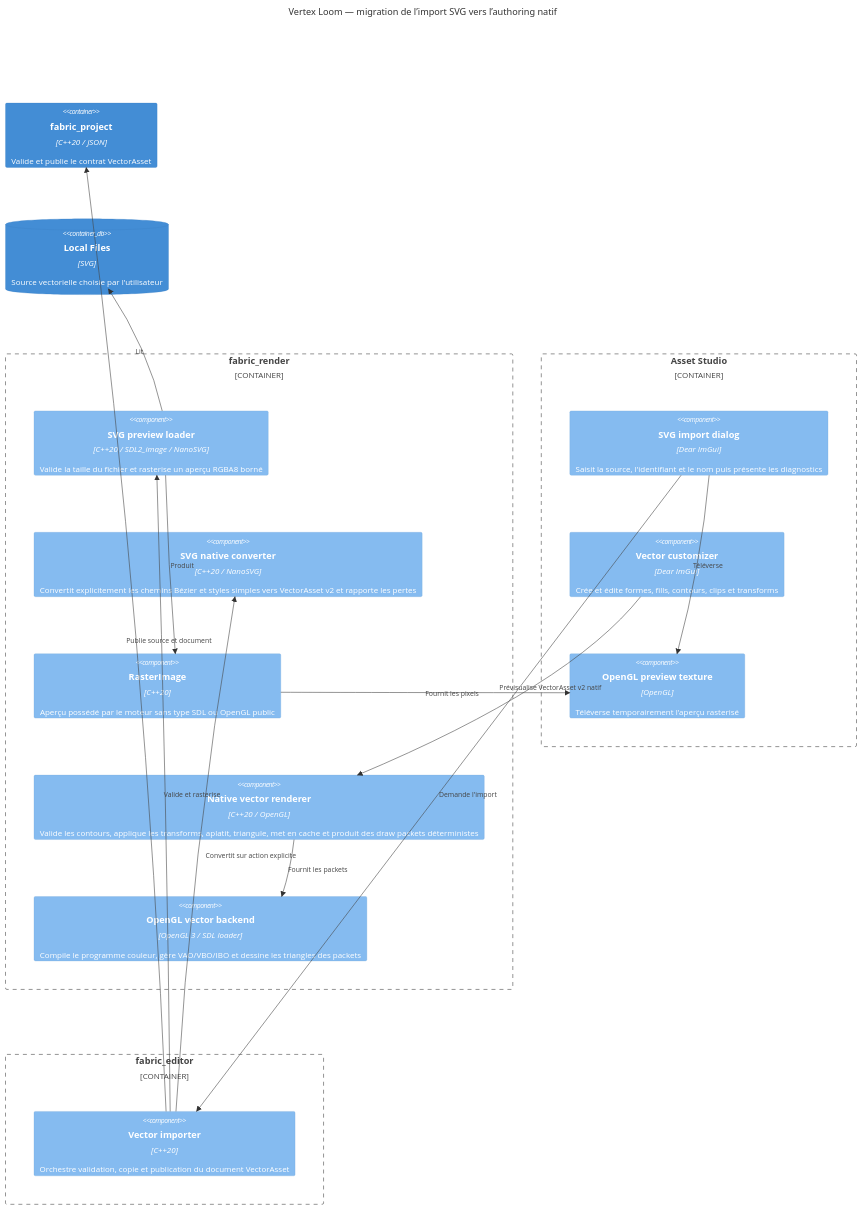
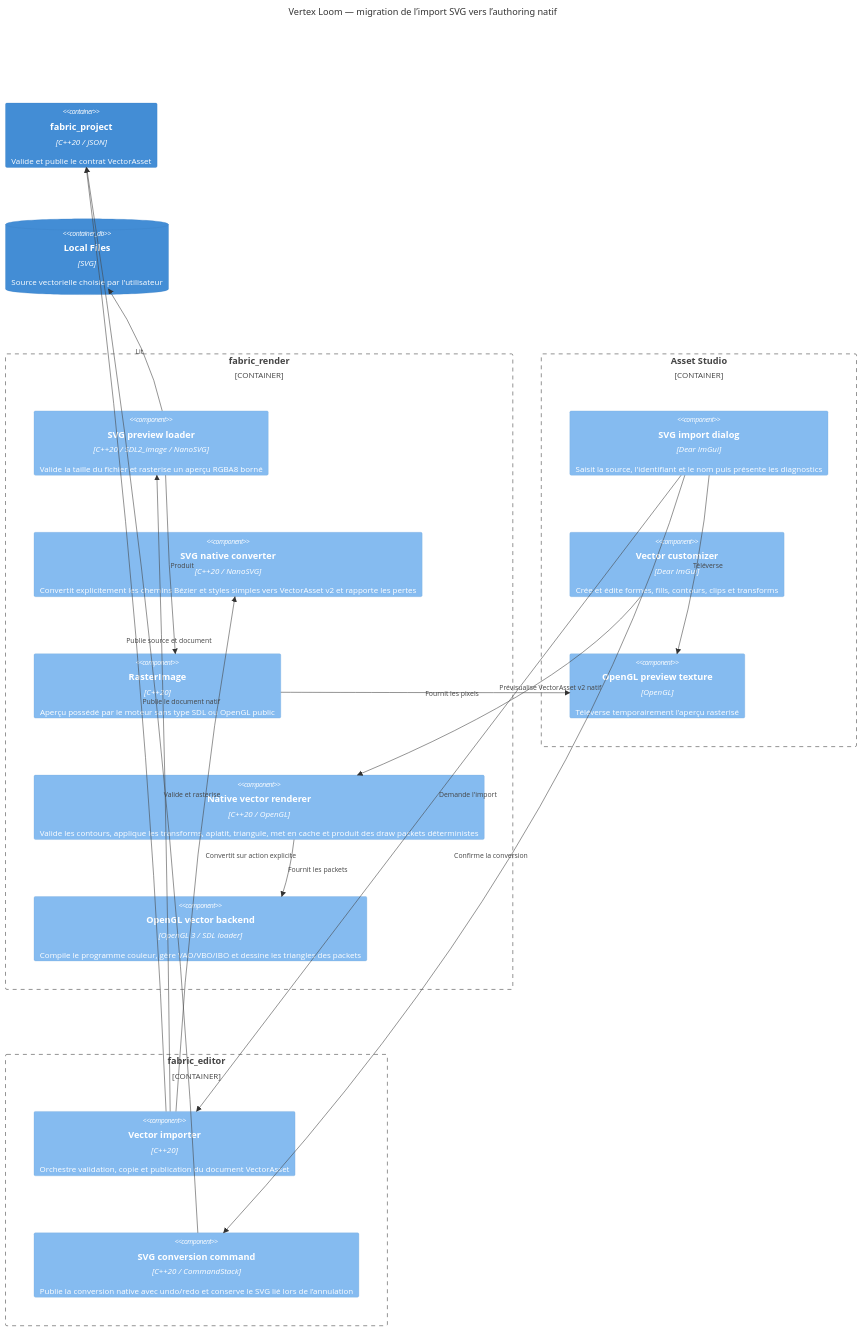
The diagram in docs/architecture/components/vector-import.md (tristan-monticelli/vertex-loom), drawn with Mermaid before and after one commit. The commit also changed other lines of this file and 7 other files, not shown here.

Commit message:
feat(editor): expose SVG native conversion

````diff
--- a/docs/architecture/components/vector-import.md
+++ b/docs/architecture/components/vector-import.md
@@ -3,31 +3,34 @@
 ```mermaid
 C4Component
     title Vertex Loom — migration de l’import SVG vers l’authoring natif
     Container_Boundary(render, "fabric_render") {
         Component(loader, "SVG preview loader", "C++20 / SDL2_image / NanoSVG", "Valide la taille du fichier et rasterise un aperçu RGBA8 borné")
         Component(converter, "SVG native converter", "C++20 / NanoSVG", "Convertit explicitement les chemins Bézier et styles simples vers VectorAsset v2 et rapporte les pertes")
         Component(image, "RasterImage", "C++20", "Aperçu possédé par le moteur sans type SDL ou OpenGL public")
         Component(geometry, "Native vector renderer", "C++20 / OpenGL", "Valide les contours, applique les transforms, aplatit, triangule, met en cache et produit des draw packets déterministes")
         Component(gl_renderer, "OpenGL vector backend", "OpenGL 3 / SDL loader", "Compile le programme couleur, gère VAO/VBO/IBO et dessine les triangles des packets")
     }
     Container_Boundary(asset, "Asset Studio") {
         Component(import_ui, "SVG import dialog", "Dear ImGui", "Saisit la source, l'identifiant et le nom puis présente les diagnostics")
         Component(customizer, "Vector customizer", "Dear ImGui", "Crée et édite formes, fills, contours, clips et transforms")
         Component(gpu_preview, "OpenGL preview texture", "OpenGL", "Téléverse temporairement l'aperçu rasterisé")
     }
     Container_Boundary(editor, "fabric_editor") {
-        Component(importer, "Vector importer", "C++20", "Orchestre validation, copie et publication du document VectorAsset")
+    Component(importer, "Vector importer", "C++20", "Orchestre validation, copie et publication du document VectorAsset")
+    Component(conversion_command, "SVG conversion command", "C++20 / CommandStack", "Publie la conversion native avec undo/redo et conserve le SVG lié lors de l’annulation")
     }
     Container(project, "fabric_project", "C++20 / JSON", "Valide et publie le contrat VectorAsset")
     ContainerDb(files, "Local Files", "SVG", "Source vectorielle choisie par l'utilisateur")
     Rel(import_ui, importer, "Demande l'import")
     Rel(importer, loader, "Valide et rasterise")
     Rel(importer, converter, "Convertit sur action explicite")
+    Rel(import_ui, conversion_command, "Confirme la conversion")
+    Rel(conversion_command, project, "Publie le document natif")
     Rel(importer, project, "Publie source et document")
     Rel(loader, files, "Lit")
     Rel(loader, image, "Produit")
     Rel(import_ui, gpu_preview, "Téléverse")
     Rel(image, gpu_preview, "Fournit les pixels")
     Rel(customizer, geometry, "Prévisualise VectorAsset v2 natif")
     Rel(geometry, gl_renderer, "Fournit les packets")
 ```
````
